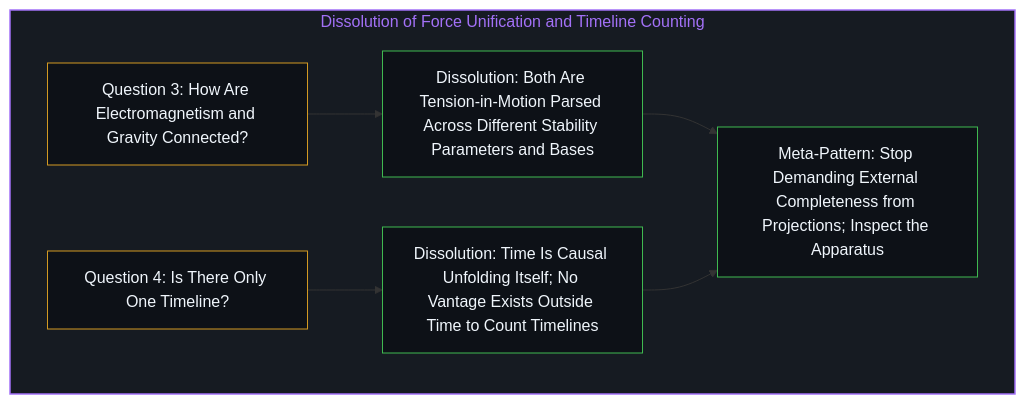
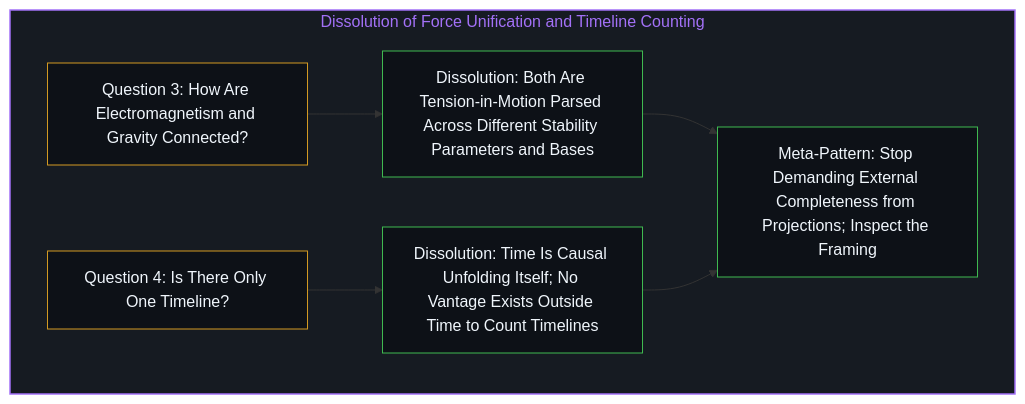
One commit to powerpig99/not-a-toe changed the fourth of 4 diagrams in content/posts/four-night-questions.md. Above: the diagram before and after it, drawn with Mermaid. The commit also changed other lines of this file and 7 other files, not shown here.

````diff
--- a/content/posts/four-night-questions.md
+++ b/content/posts/four-night-questions.md
@@ -71,15 +71,15 @@
 ```mermaid
 graph TD
     subgraph S_Q34["Dissolution of Force Unification and Timeline Counting"]
         Q3["Question 3: How Are Electromagnetism and Gravity Connected?"] --> D3["Dissolution: Both Are Tension-in-Motion Parsed Across Different Stability Parameters and Bases"]
         Q4["Question 4: Is There Only One Timeline?"] --> D4["Dissolution: Time Is Causal Unfolding Itself; No Vantage Exists Outside Time to Count Timelines"]
-        D3 --> M["Meta-Pattern: Stop Demanding External Completeness from Projections; Inspect the Apparatus"]
+        D3 --> M["Meta-Pattern: Stop Demanding External Completeness from Projections; Inspect the Framing"]
         D4 --> M
     end
     style S_Q34 fill:#161b22,stroke:#a371f7,stroke-width:1.5px,color:#a371f7
     style Q3 fill:#0d1117,stroke:#d29922,stroke-width:1px,color:#f0f6fc
     style D3 fill:#0d1117,stroke:#3fb950,stroke-width:1px,color:#f0f6fc
     style Q4 fill:#0d1117,stroke:#d29922,stroke-width:1px,color:#f0f6fc
     style D4 fill:#0d1117,stroke:#3fb950,stroke-width:1px,color:#f0f6fc
     style M fill:#0d1117,stroke:#3fb950,stroke-width:1px,color:#f0f6fc
 ```
````
